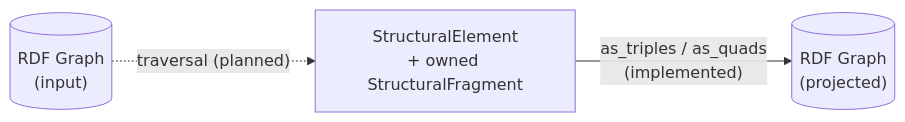
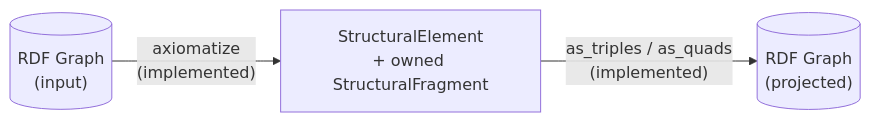
Before and after one commit to kvjrhall/rdflib-reasoning: the fourth of 14 diagrams in docs/dev/architecture.md, drawn with Mermaid. The commit also changed other lines of this file and 4 other files, not shown here.

Commit message:
documentation: Update roadmap planning and trajectory

````diff
--- a/docs/dev/architecture.md
+++ b/docs/dev/architecture.md
@@ -136,8 +136,8 @@
 ```mermaid
 flowchart LR
     G1[("RDF Graph<br/>(input)")]
     SE["StructuralElement<br/>+ owned StructuralFragment"]
     G2[("RDF Graph<br/>(projected)")]
-    G1 -.->|"traversal (planned)"| SE
+    G1 -->|"axiomatize<br/>(implemented)"| SE
     SE -->|"as_triples / as_quads<br/>(implemented)"| G2
 ```
````
